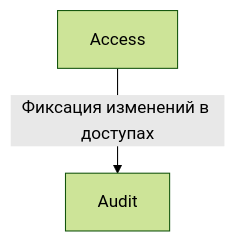
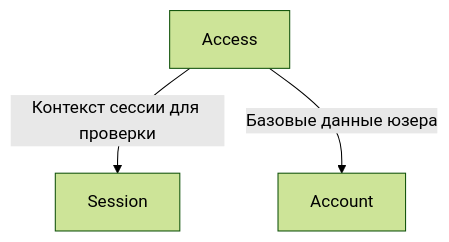
Before and after one commit to HotCucumber1/account: the sixth of 13 diagrams in task1/schema.md, drawn with Mermaid (forest theme). The commit also changed other lines of this file and 1 other file, not shown here.

Commit message:
[schema] Вторая версия схемы

````diff
--- a/task1/schema.md
+++ b/task1/schema.md
@@ -133,6 +325,9 @@
 ```mermaid
 flowchart TB
-    A[Access]
-    L[Audit]
-    A -->|Фиксация изменений в доступах| L
+    Z[Access]
+    S[Session]
+    A[Account]
+
+    Z -->|Контекст сессии для проверки| S
+    Z -->|Базовые данные юзера| A
 ```
````
